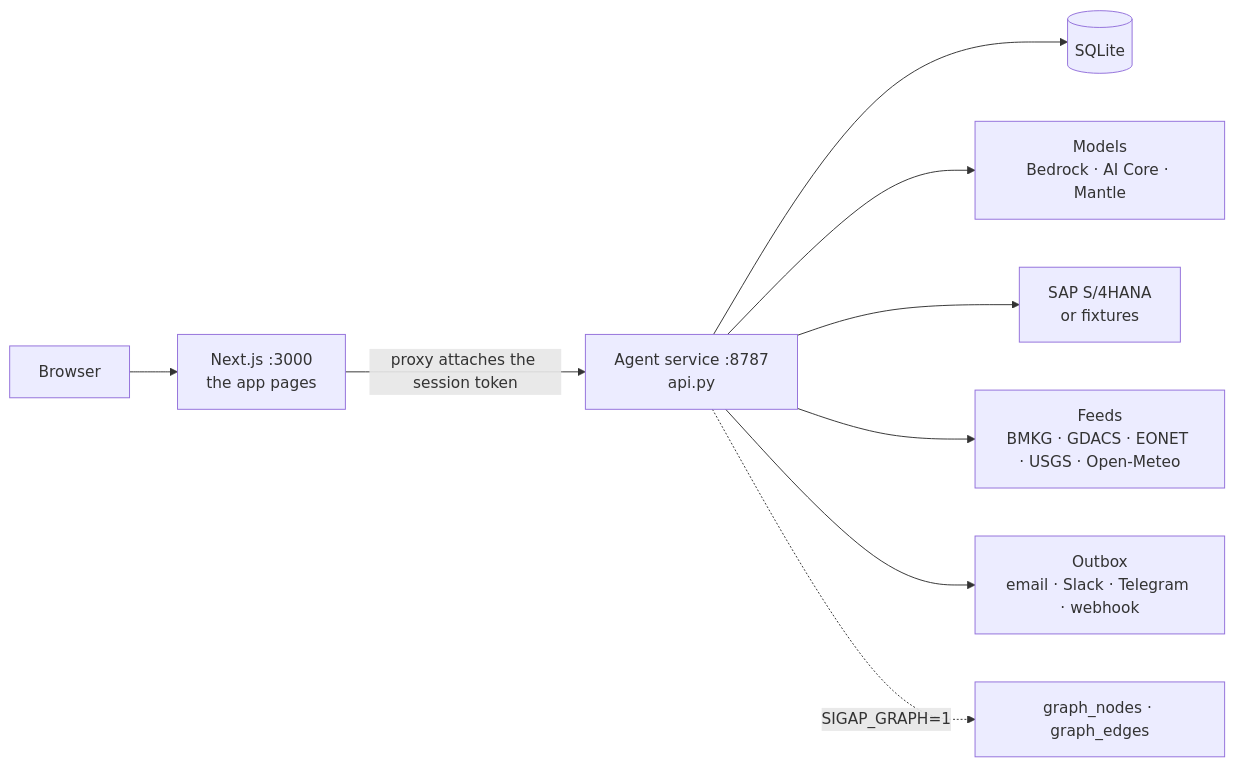
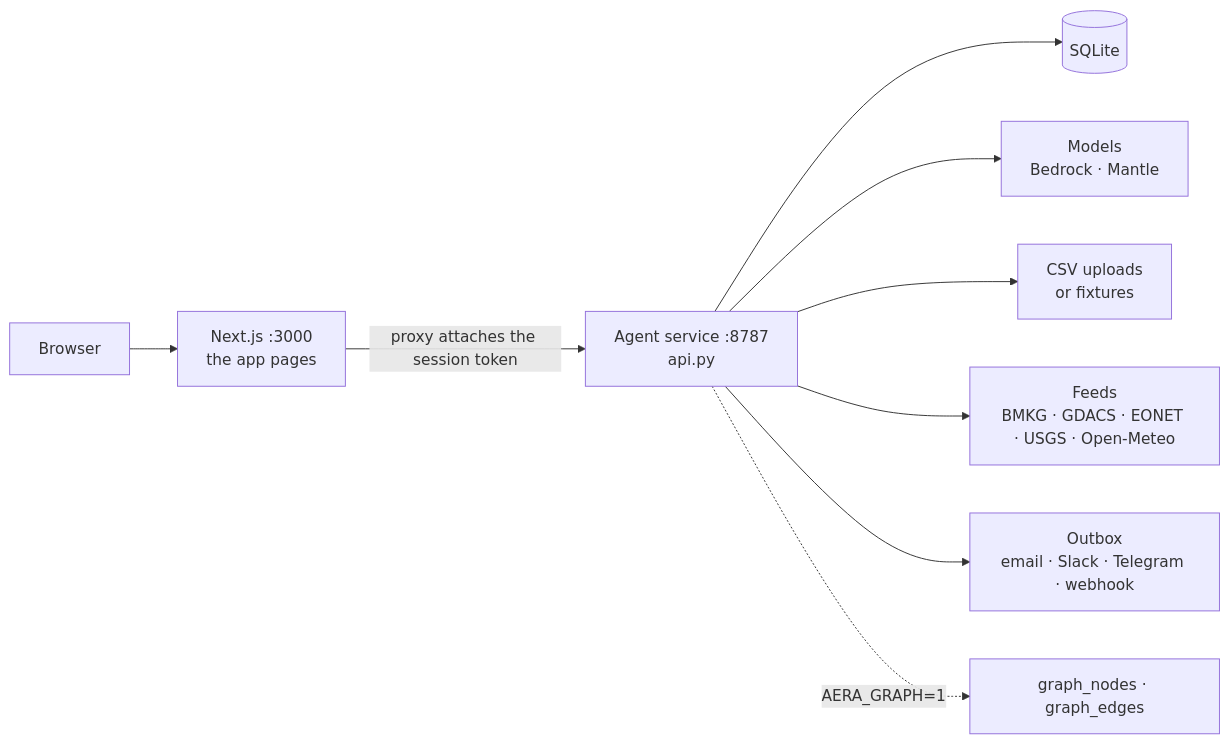
Before and after one commit to maulana-tech/aera-app: the second of 6 diagrams in README.md, drawn with Mermaid. The commit also changed other lines of this file and 413 other files, not shown here.

Commit message:
Rename sigap to aera, remove SAP (baseline before NEAR Hackathon work)

````diff
--- a/README.md
+++ b/README.md
@@ -467,11 +459,11 @@
 ```mermaid
 flowchart LR
     B[Browser] --> N["Next.js :3000<br/>the app pages"]
     N -->|proxy attaches the session token| A["Agent service :8787<br/>api.py"]
     A --> DB[(SQLite)]
-    A --> M["Models<br/>Bedrock · AI Core · Mantle"]
-    A --> S["SAP S/4HANA<br/>or fixtures"]
+    A --> M["Models<br/>Bedrock · Mantle"]
+    A --> S["CSV uploads<br/>or fixtures"]
     A --> F["Feeds<br/>BMKG · GDACS · EONET · USGS · Open-Meteo"]
     A --> O["Outbox<br/>email · Slack · Telegram · webhook"]
-    A -.->|SIGAP_GRAPH=1| G["graph_nodes · graph_edges"]
+    A -.->|AERA_GRAPH=1| G["graph_nodes · graph_edges"]
 ```
````
